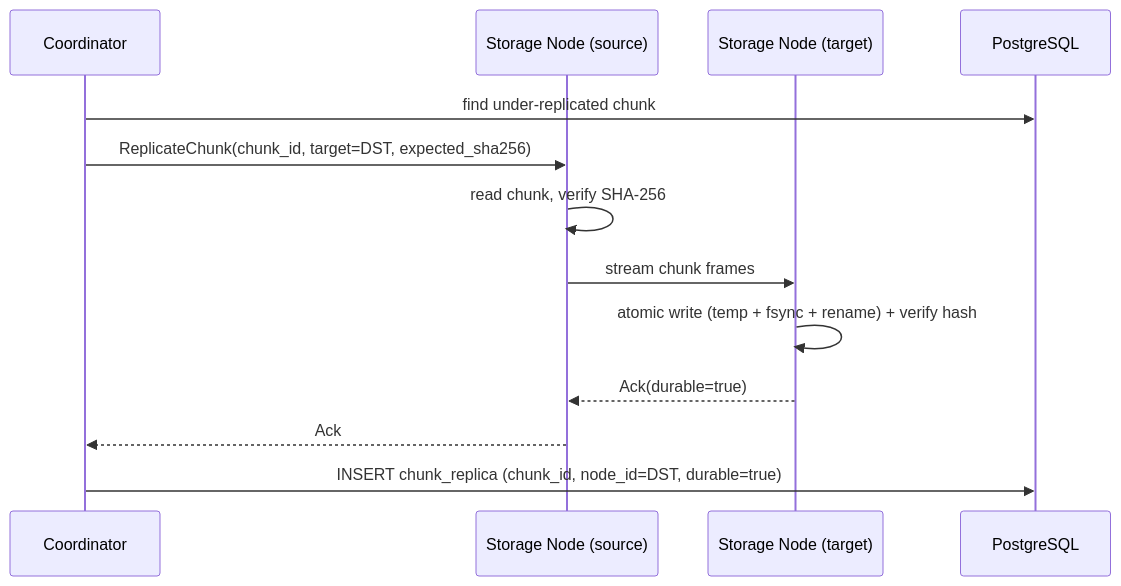
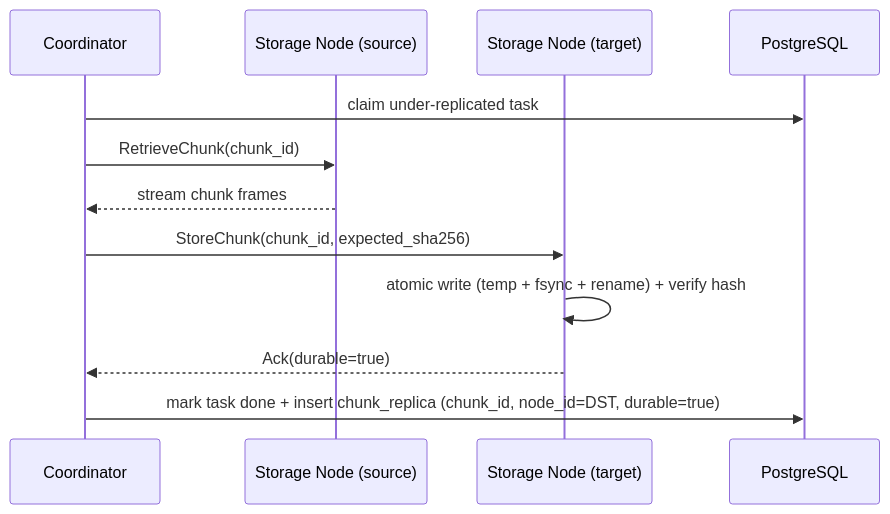
Before and after one commit to space0032/RustyStore: the fifth of 6 diagrams in docs/architecture/overview.md, drawn with Mermaid. The commit also changed 6 other files, not shown here.

````diff
--- a/docs/architecture/overview.md
+++ b/docs/architecture/overview.md
@@ -100,16 +100,15 @@
 ```mermaid
 sequenceDiagram
     participant CRD as Coordinator
     participant SRC as Storage Node (source)
     participant DST as Storage Node (target)
     participant DB as PostgreSQL
 
-    CRD->>DB: find under-replicated chunk
-    CRD->>SRC: ReplicateChunk(chunk_id, target=DST, expected_sha256)
-    SRC->>SRC: read chunk, verify SHA-256
-    SRC->>DST: stream chunk frames
+    CRD->>DB: claim under-replicated task
+    CRD->>SRC: RetrieveChunk(chunk_id)
+    SRC-->>CRD: stream chunk frames
+    CRD->>DST: StoreChunk(chunk_id, expected_sha256)
     DST->>DST: atomic write (temp + fsync + rename) + verify hash
-    DST-->>SRC: Ack(durable=true)
-    SRC-->>CRD: Ack
-    CRD->>DB: INSERT chunk_replica (chunk_id, node_id=DST, durable=true)
+    DST-->>CRD: Ack(durable=true)
+    CRD->>DB: mark task done + insert chunk_replica (chunk_id, node_id=DST, durable=true)
 ```
````
